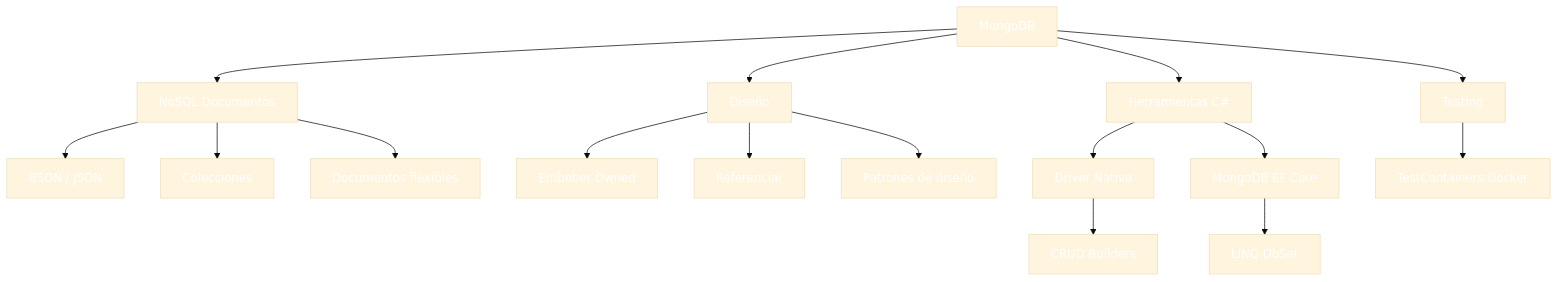
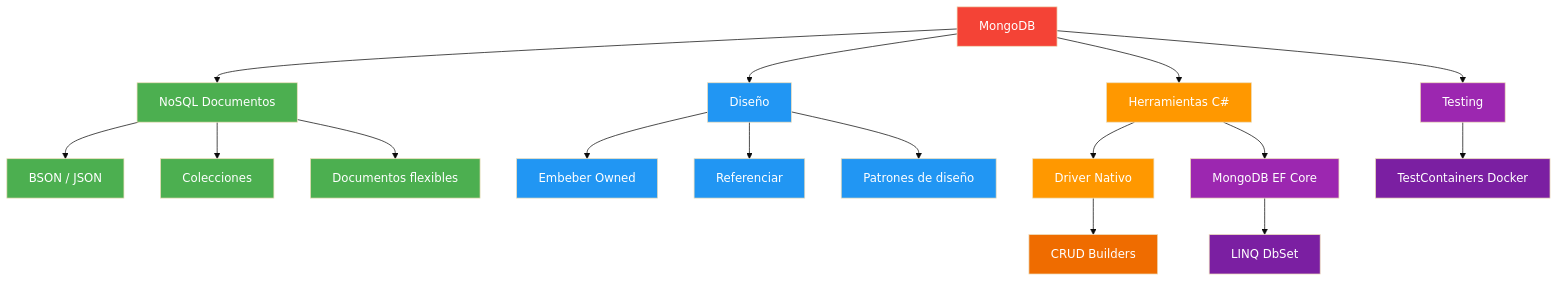
The ninth of 9 diagrams in 13-mongodb.md (joseluisgs/DesarrolloWebEntornosServidor-02-2026-2027), drawn with Mermaid (base theme) before and after one commit. The commit also changed other lines of this file, not shown here.

Commit message:
docs: reescribir el bloque de diseño de MongoDB (13.2) y alinear el tema 13 con el ejemplo de productos

````diff
--- a/13-mongodb.md
+++ b/13-mongodb.md
@@ -1875,40 +1939,40 @@
 ```mermaid
 graph TD
     MONGO[MongoDB] --> NOSQL[NoSQL Documentos]
     MONGO --> DESIGN[Diseño]
     MONGO --> TOOLS[Herramientas C#]
     MONGO --> TEST[Testing]
 
     NOSQL --> BSON[BSON / JSON]
     NOSQL --> COL[Colecciones]
     NOSQL --> DOC[Documentos flexibles]
 
     DESIGN --> EMB[Embeber Owned]
     DESIGN --> REF[Referenciar]
     DESIGN --> PAT[Patrones de diseño]
 
     TOOLS --> DRIVER[Driver Nativo]
     TOOLS --> EF[MongoDB EF Core]
 
     DRIVER --> CRUD1[CRUD Builders]
     EF --> CRUD2[LINQ DbSet]
 
     TEST --> TC[TestContainers Docker]
 
-    style MONGO fill:#f4433,color:#fff6,color:#fff
-    style NOSQL fill:#4CAF5,color:#fff0,color:#fff
-    style DESIGN fill:#2196F,color:#fff3,color:#fff
-    style TOOLS fill:#FF980,color:#fff0,color:#fff
-    style TEST fill:#9C27B,color:#fff0,color:#fff
-    style BSON fill:#4CAF5,color:#fff0,color:#fff
-    style COL fill:#4CAF5,color:#fff0,color:#fff
-    style DOC fill:#4CAF5,color:#fff0,color:#fff
-    style EMB fill:#2196F,color:#fff3,color:#fff
-    style REF fill:#2196F,color:#fff3,color:#fff
-    style PAT fill:#2196F,color:#fff3,color:#fff
-    style DRIVER fill:#FF980,color:#fff0,color:#fff
-    style EF fill:#9C27B,color:#fff0,color:#fff
-    style CRUD1 fill:#EF6C0,color:#fff0,color:#fff
-    style CRUD2 fill:#7B1FA,color:#fff2,color:#fff
-    style TC fill:#7B1FA,color:#fff2,color:#fff
+    style MONGO fill:#f44336,color:#fff
+    style NOSQL fill:#4CAF50,color:#fff
+    style DESIGN fill:#2196F3,color:#fff
+    style TOOLS fill:#FF9800,color:#fff
+    style TEST fill:#9C27B0,color:#fff
+    style BSON fill:#4CAF50,color:#fff
+    style COL fill:#4CAF50,color:#fff
+    style DOC fill:#4CAF50,color:#fff
+    style EMB fill:#2196F3,color:#fff
+    style REF fill:#2196F3,color:#fff
+    style PAT fill:#2196F3,color:#fff
+    style DRIVER fill:#FF9800,color:#fff
+    style EF fill:#9C27B0,color:#fff
+    style CRUD1 fill:#EF6C00,color:#fff
+    style CRUD2 fill:#7B1FA2,color:#fff
+    style TC fill:#7B1FA2,color:#fff
 ```
````
